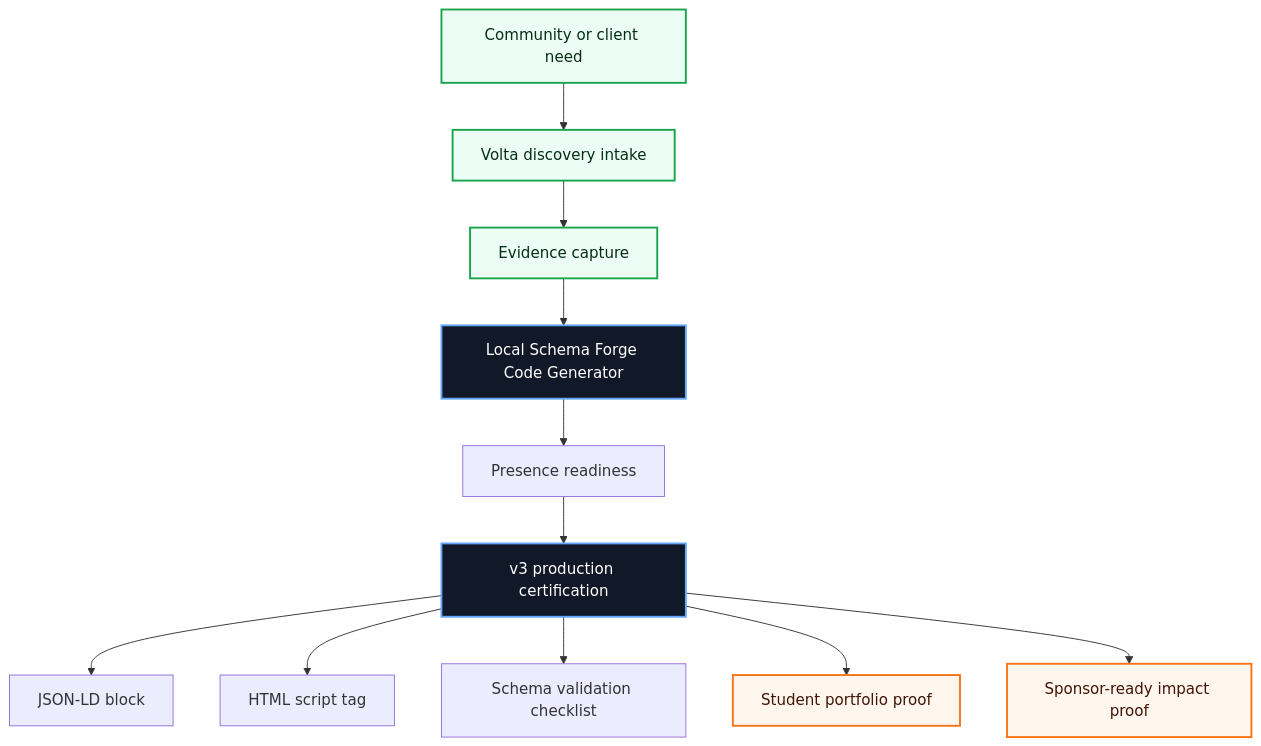
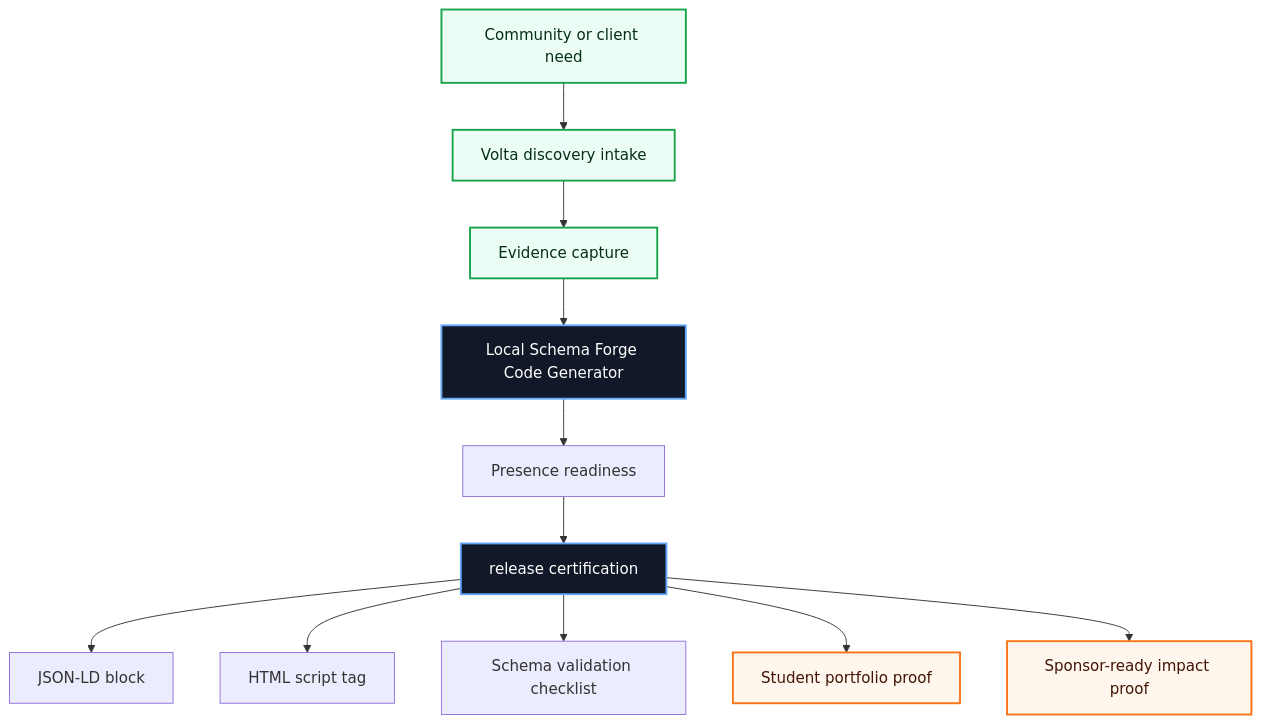
One commit to volta-npo/local-schema-forge changed the first of 3 diagrams in README.md. Above: the diagram before and after it, drawn with Mermaid. The commit also changed other lines of this file and 28 other files, not shown here.

````diff
--- a/README.md
+++ b/README.md
@@ -43,20 +43,20 @@
 ```mermaid
 flowchart TD
     Need["Community or client need"] --> Intake["Volta discovery intake"]
     Intake --> Evidence["Evidence capture"]
     Evidence --> Workbench["Local Schema Forge Code Generator"]
     Workbench --> Score["Presence readiness"]
-    Score --> Cert["v3 production certification"]
+    Score --> Cert["release certification"]
     Cert --> A1["JSON-LD block"]
     Cert --> A2["HTML script tag"]
     Cert --> A3["Schema validation checklist"]
     Cert --> Student["Student portfolio proof"]
     Cert --> Sponsor["Sponsor-ready impact proof"]
 
     classDef volta fill:#111827,stroke:#60a5fa,color:#ffffff,stroke-width:2px;
     classDef equity fill:#ecfdf5,stroke:#16a34a,color:#052e16,stroke-width:2px;
     classDef proof fill:#fff7ed,stroke:#f97316,color:#431407,stroke-width:2px;
     class Workbench,Cert volta;
     class Need,Intake,Evidence equity;
     class Student,Sponsor proof;
 ```
````
